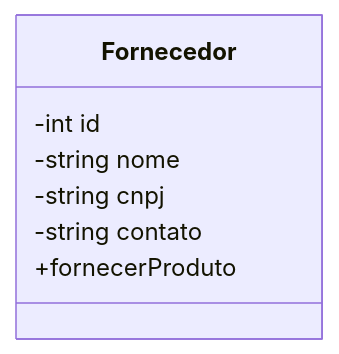
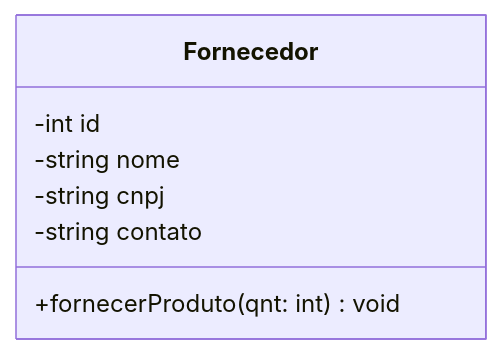
One commit to gabrielriosdias/poojavaceub-grupo2 changed the diagram in fornecedor.md. Above: the diagram before and after it, drawn with Mermaid.

````diff
--- a/fornecedor.md
+++ b/fornecedor.md
@@ -1,10 +1,10 @@
 ```mermaid 
 classDiagram
     class Fornecedor {
         -int id
         -string nome
         -string cnpj
         -string contato
-        +fornecerProduto
+        +fornecerProduto(qnt: int) void
  }
 ``` 
````
